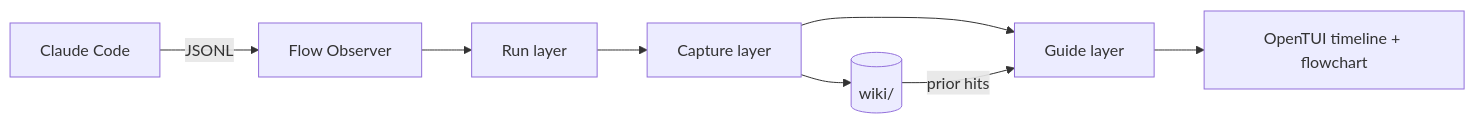
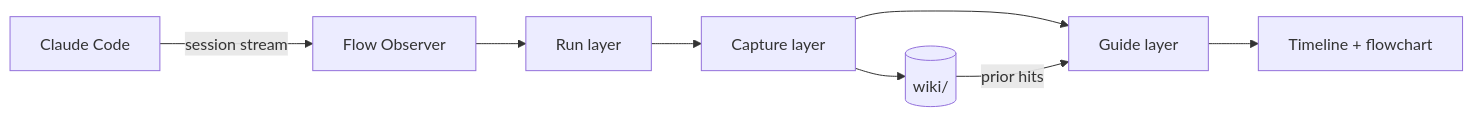
One commit to YurunChen/GUI-Anything changed the diagram in README.md. Above: the diagram before and after it, drawn with Mermaid. The commit also changed other lines of this file and 124 other files, not shown here.

````diff
--- a/README.md
+++ b/README.md
@@ -208,10 +163,10 @@
 ```mermaid
 flowchart LR
-  CC["Claude Code"] -->|JSONL| Obs["Flow Observer"]
+  CC["Claude Code"] -->|session stream| Obs["Flow Observer"]
   Obs --> Run["Run layer"]
   Run --> Cap["Capture layer"]
   Cap --> Guide["Guide layer"]
   Cap --> Wiki[("wiki/")]
   Wiki -->|prior hits| Guide
-  Guide --> UI["OpenTUI timeline + flowchart"]
+  Guide --> UI["Timeline + flowchart"]
 ```
````
